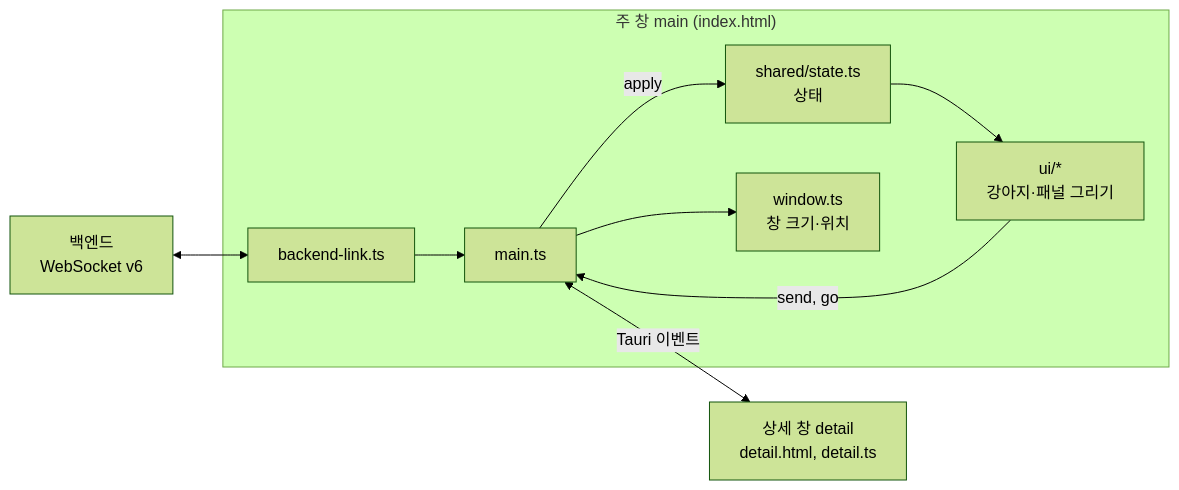
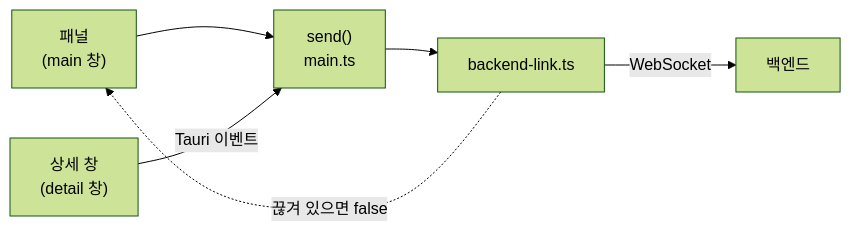
The third of 18 diagrams in ARCHITECTURE.md (HEOSEONGILml/AssistantChatBot), drawn with Mermaid (forest theme) before and after one commit. The commit also changed other lines of this file and 36 other files, not shown here.

````diff
--- a/ARCHITECTURE.md
+++ b/ARCHITECTURE.md
@@ -94,12 +69,7 @@
 ```mermaid
 flowchart LR
-  BE["백엔드<br>WebSocket v6"] <--> LINK["backend-link.ts"]
-  subgraph MAIN["주 창 main (index.html)"]
-    LINK --> M["main.ts"]
-    M -->|"apply"| ST["shared/state.ts<br>상태"]
-    ST --> UI["ui/*<br>강아지·패널 그리기"]
-    UI -->|"send, go"| M
-    M --> W["window.ts<br>창 크기·위치"]
-  end
-  M <-->|"Tauri 이벤트"| D["상세 창 detail<br>detail.html, detail.ts"]
+  P["패널<br>(main 창)"] --> S["send()<br>main.ts"]
+  D["상세 창<br>(detail 창)"] -->|"Tauri 이벤트"| S
+  S --> L["backend-link.ts"] -->|"WebSocket"| B["백엔드"]
+  L -.->|"끊겨 있으면 false"| P
 ```
````
